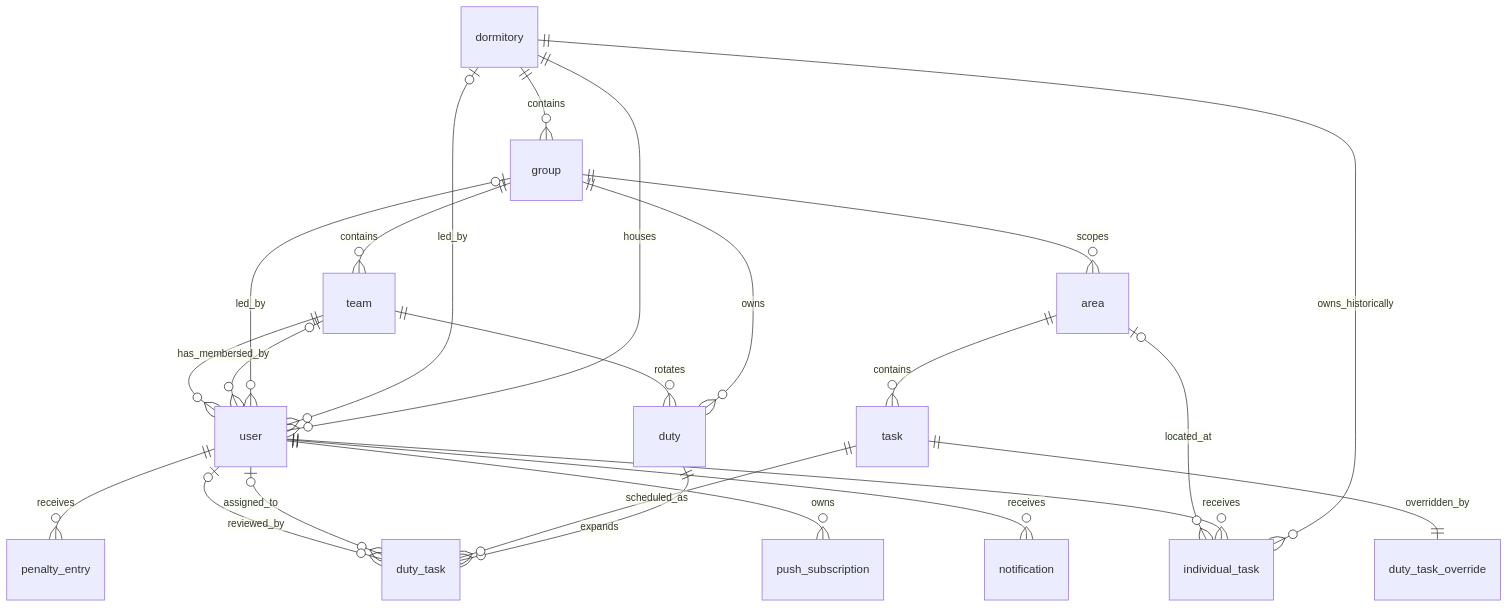
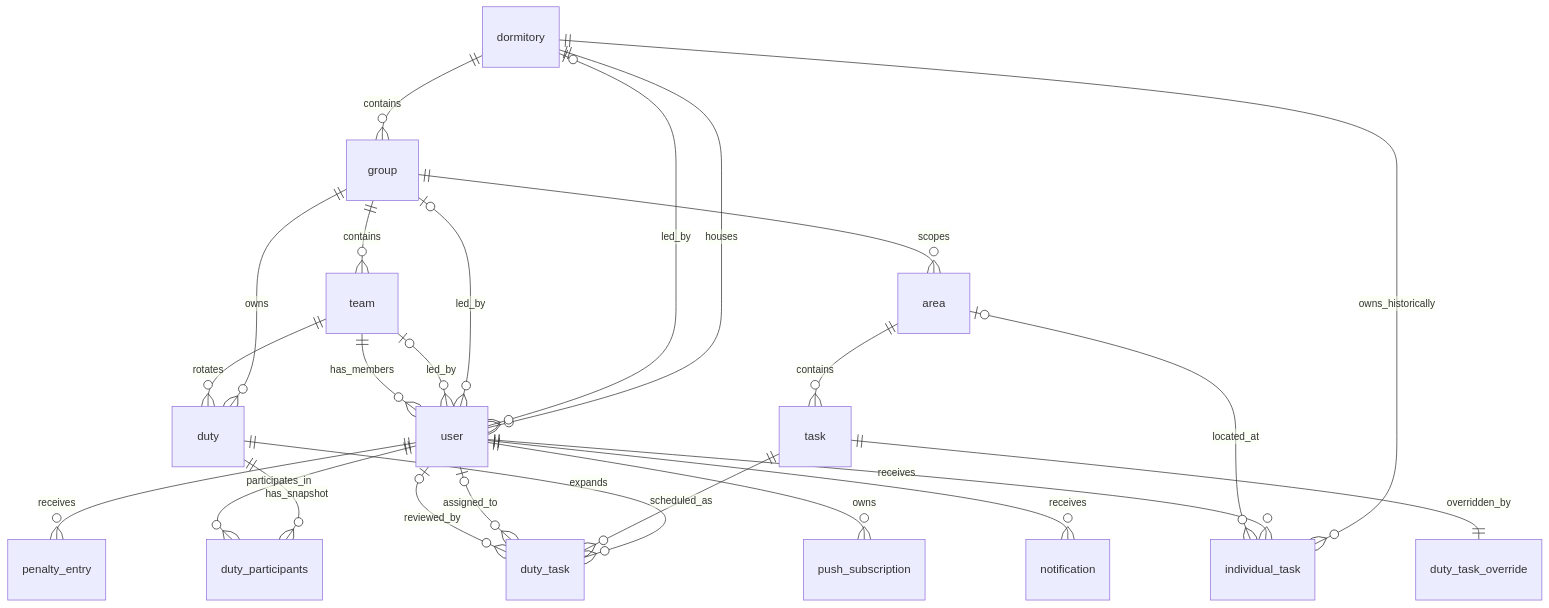
One commit to cetusw/dorm changed the diagram in docs/architecture/database.md. Above: the diagram before and after it, drawn with Mermaid. The commit also changed other lines of this file and 34 other files, not shown here.

````diff
--- a/docs/architecture/database.md
+++ b/docs/architecture/database.md
@@ -181,31 +191,33 @@
 ```mermaid
 erDiagram
     dormitory ||--o{ group : contains
     dormitory ||--o{ user : houses
     dormitory o|--o{ user : led_by
 
     group ||--o{ team : contains
     group o|--o{ user : led_by
     group ||--o{ area : scopes
     group ||--o{ duty : owns
 
     team o|--o{ user : led_by
     team ||--o{ user : has_members
     team ||--o{ duty : rotates
 
     area ||--o{ task : contains
 
     duty ||--o{ duty_task : expands
+    duty ||--o{ duty_participants : has_snapshot
+    user ||--o{ duty_participants : participates_in
     task ||--o{ duty_task : scheduled_as
     task ||--|| duty_task_override : overridden_by
 
     user o|--o{ duty_task : assigned_to
     user o|--o{ duty_task : reviewed_by
 
     user ||--o{ penalty_entry : receives
     dormitory ||--o{ individual_task : owns_historically
     user ||--o{ individual_task : receives
     area o|--o{ individual_task : located_at
     user ||--o{ push_subscription : owns
     user ||--o{ notification : receives
 ```
````
